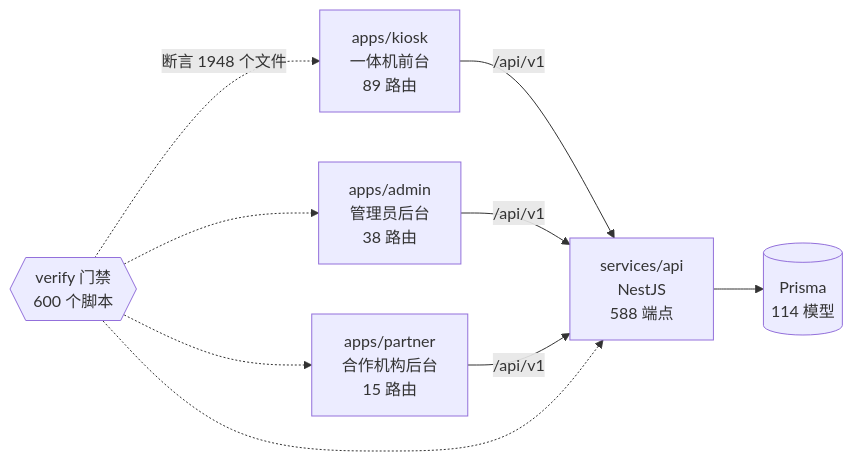
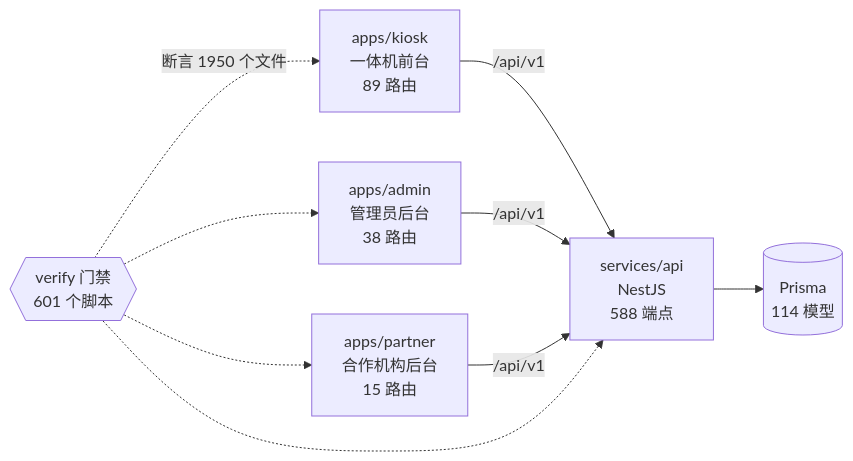
One commit to wanglei581/YITIJI changed the diagram in docs/graph/README.md. Above: the diagram before and after it, drawn with Mermaid. The commit also changed other lines of this file and 26 other files, not shown here.

````diff
--- a/docs/graph/README.md
+++ b/docs/graph/README.md
@@ -68,18 +68,18 @@
 ```mermaid
 flowchart LR
   kiosk["apps/kiosk<br/>一体机前台<br/>89 路由"]
   admin["apps/admin<br/>管理员后台<br/>38 路由"]
   partner["apps/partner<br/>合作机构后台<br/>15 路由"]
   api["services/api<br/>NestJS<br/>588 端点"]
   db[("Prisma<br/>114 模型")]
-  gates{{"verify 门禁<br/>600 个脚本"}}
+  gates{{"verify 门禁<br/>601 个脚本"}}
 
   kiosk -->|"/api/v1"| api
   admin -->|"/api/v1"| api
   partner -->|"/api/v1"| api
   api --> db
-  gates -.->|"断言 1948 个文件"| kiosk
+  gates -.->|"断言 1950 个文件"| kiosk
   gates -.-> admin
   gates -.-> partner
   gates -.-> api
 ```
````
